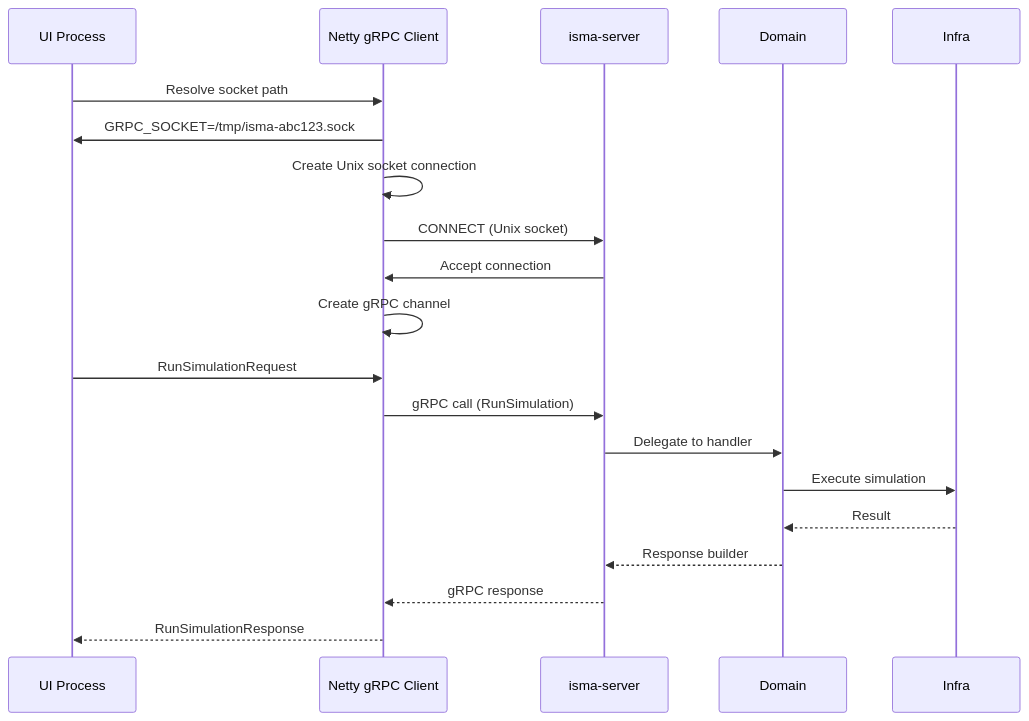
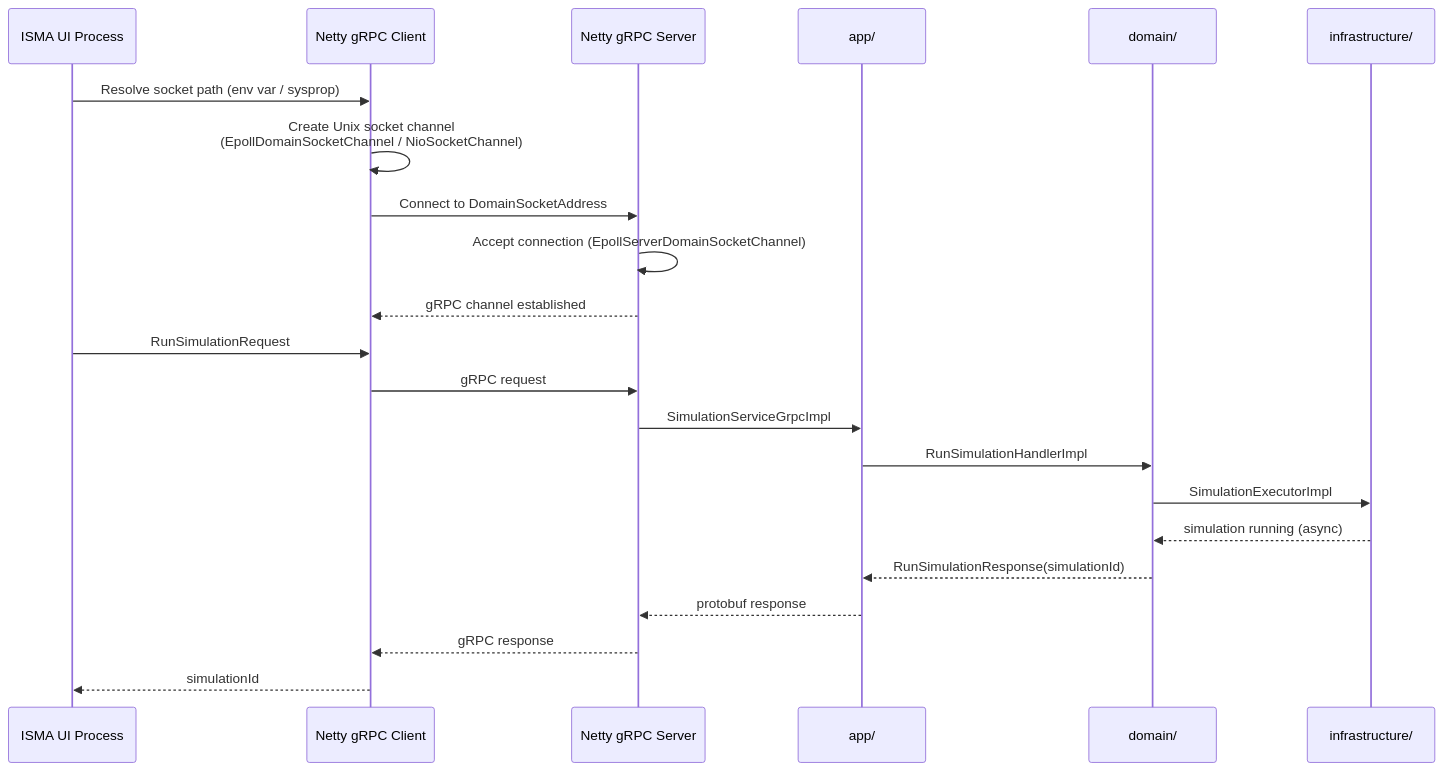
One commit to SmallBossGames/isma changed the diagram in docs/isma-server/07-transport-layer.md. Above: the diagram before and after it, drawn with Mermaid. The commit also changed other lines of this file and 26 other files, not shown here.

````diff
--- a/docs/isma-server/07-transport-layer.md
+++ b/docs/isma-server/07-transport-layer.md
@@ -253,22 +118,26 @@
 ```mermaid
 sequenceDiagram
-    participant UI as UI Process
-    participant Netty as Netty gRPC Client
-    participant Server as isma-server
-    
-    UI->>Netty: Resolve socket path
-    Netty->>UI: GRPC_SOCKET=/tmp/isma-abc123.sock
-    Netty->>Netty: Create Unix socket connection
-    Netty->>Server: CONNECT (Unix socket)
-    Server->>Netty: Accept connection
-    Netty->>Netty: Create gRPC channel
-    
-    UI->>Netty: RunSimulationRequest
-    Netty->>Server: gRPC call (RunSimulation)
-    Server->>Domain: Delegate to handler
-    Domain->>Infra: Execute simulation
-    Infra-->>Domain: Result
-    Domain-->>Server: Response builder
-    Server-->>Netty: gRPC response
-    Netty-->>UI: RunSimulationResponse
+    participant UI as ISMA UI Process
+    participant Client as Netty gRPC Client
+    participant Server as Netty gRPC Server
+    participant App as app/
+    participant Domain as domain/
+    participant Infra as infrastructure/
+
+    UI->>Client: Resolve socket path (env var / sysprop)
+    Client->>Client: Create Unix socket channel<br/>(EpollDomainSocketChannel / NioSocketChannel)
+    Client->>Server: Connect to DomainSocketAddress
+    Server->>Server: Accept connection (EpollServerDomainSocketChannel)
+    Server-->>Client: gRPC channel established
+
+    UI->>Client: RunSimulationRequest
+    Client->>Server: gRPC request
+    Server->>App: SimulationServiceGrpcImpl
+    App->>Domain: RunSimulationHandlerImpl
+    Domain->>Infra: SimulationExecutorImpl
+    Infra-->>Domain: simulation running (async)
+    Domain-->>App: RunSimulationResponse(simulationId)
+    App-->>Server: protobuf response
+    Server-->>Client: gRPC response
+    Client-->>UI: simulationId
 ```
````
